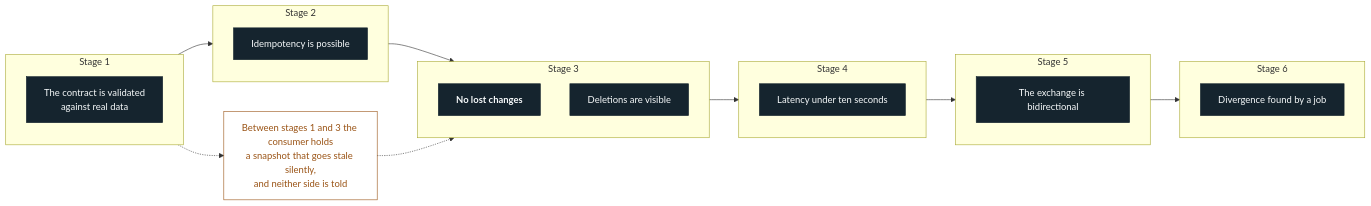
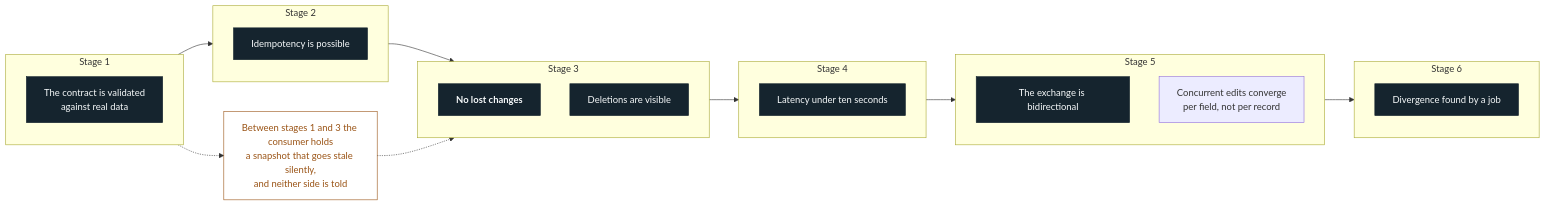
One commit to selikhovel/cross-system-sharing-concept changed the third of 8 diagrams in ROADMAP.md. Above: the diagram before and after it, drawn with Mermaid. The commit also changed other lines of this file and 8 other files, not shown here.

````diff
--- a/ROADMAP.md
+++ b/ROADMAP.md
@@ -96,33 +96,34 @@
 ```mermaid
 flowchart LR
     subgraph s1["Stage 1"]
         p1["The contract is validated<br/>against real data"]
     end
     subgraph s2["Stage 2"]
         p2["Idempotency is possible"]
     end
     subgraph s3["Stage 3"]
         p3["<b>No lost changes</b>"]
         p4["Deletions are visible"]
     end
     subgraph s4["Stage 4"]
         p5["Latency under ten seconds"]
     end
     subgraph s5["Stage 5"]
         p6["The exchange is bidirectional"]
+        p6b["Concurrent edits converge<br/>per field, not per record"]
     end
     subgraph s6["Stage 6"]
         p7["Divergence found by a job"]
     end
 
     s1 --> s2 --> s3 --> s4 --> s5 --> s6
 
     gap["Between stages 1 and 3 the consumer holds<br/>a snapshot that goes stale silently,<br/>and neither side is told"]
     s1 -.-> gap
     gap -.-> s3
 
     classDef promise fill:#15242E,stroke:#15242E,color:#F7FAFB
     classDef warn fill:none,stroke:#9A5416,color:#9A5416
     class p1,p2,p3,p4,p5,p6,p7 promise
     class gap warn
 ```
````
